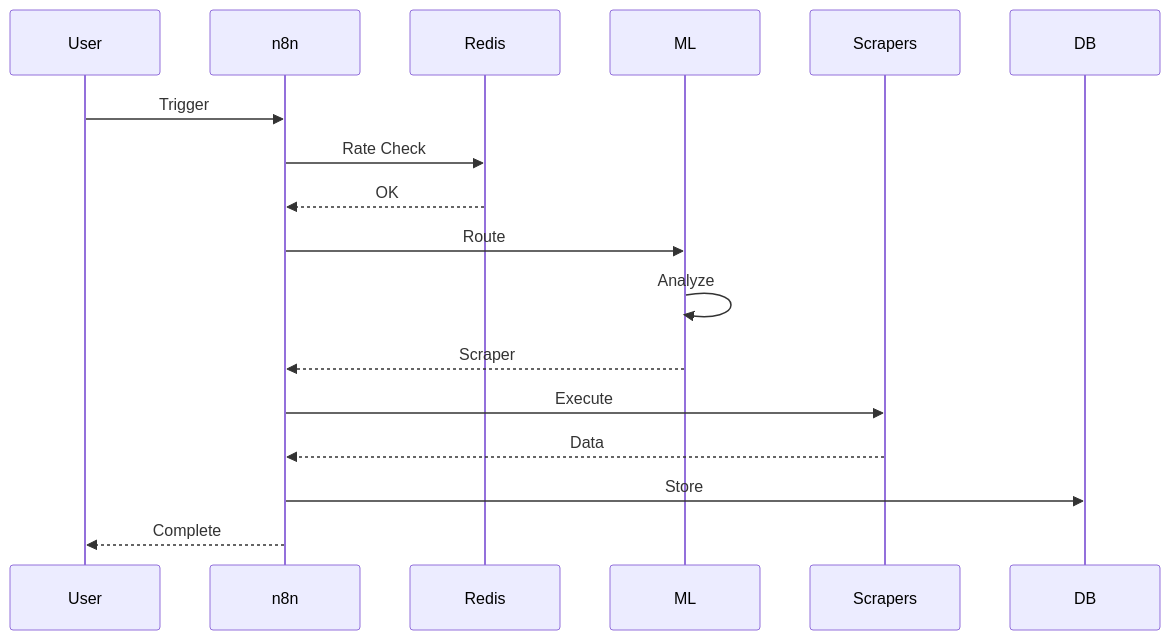
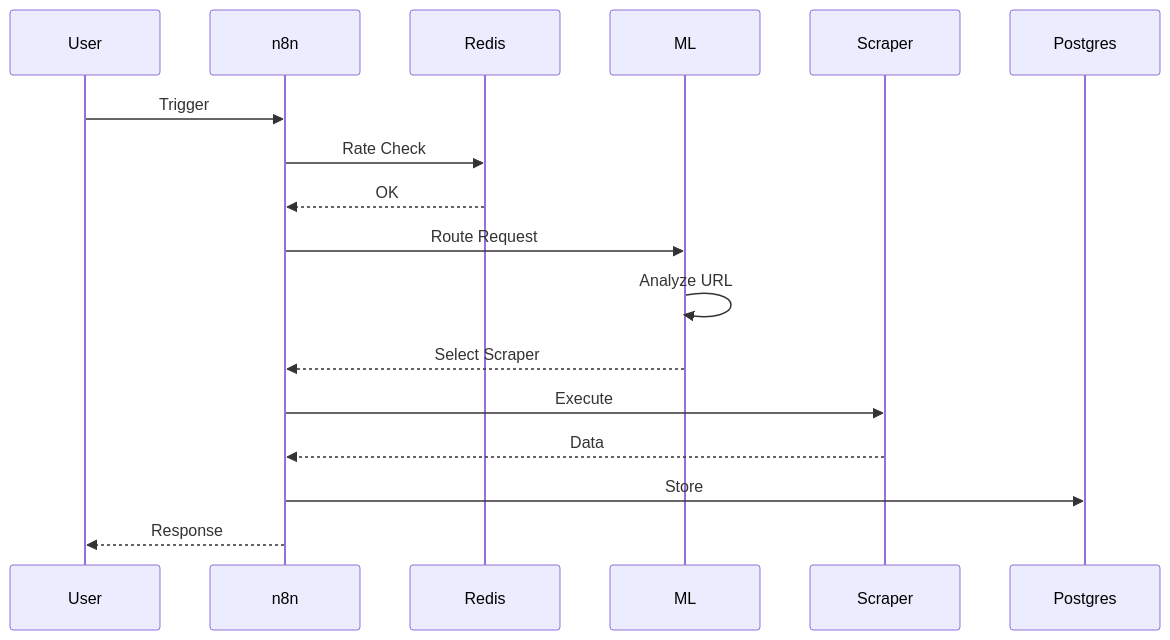
Before and after one commit to KomarovAI/n8n-scraper-docker: the second of 7 diagrams in ARCHITECTURE.md, drawn with Mermaid. The commit also changed other lines of this file, not shown here.

Commit message:
perf: optimize ARCHITECTURE.md for AI (50% reduction, keep diagrams)

````diff
--- a/ARCHITECTURE.md
+++ b/ARCHITECTURE.md
@@ -48,13 +46,13 @@
 ```mermaid
 sequenceDiagram
     User->>n8n: Trigger
     n8n->>Redis: Rate Check
     Redis-->>n8n: OK
-    n8n->>ML: Route
-    ML->>ML: Analyze
-    ML-->>n8n: Scraper
-    n8n->>Scrapers: Execute
-    Scrapers-->>n8n: Data
-    n8n->>DB: Store
-    n8n-->>User: Complete
+    n8n->>ML: Route Request
+    ML->>ML: Analyze URL
+    ML-->>n8n: Select Scraper
+    n8n->>Scraper: Execute
+    Scraper-->>n8n: Data
+    n8n->>Postgres: Store
+    n8n-->>User: Response
 ```
````
